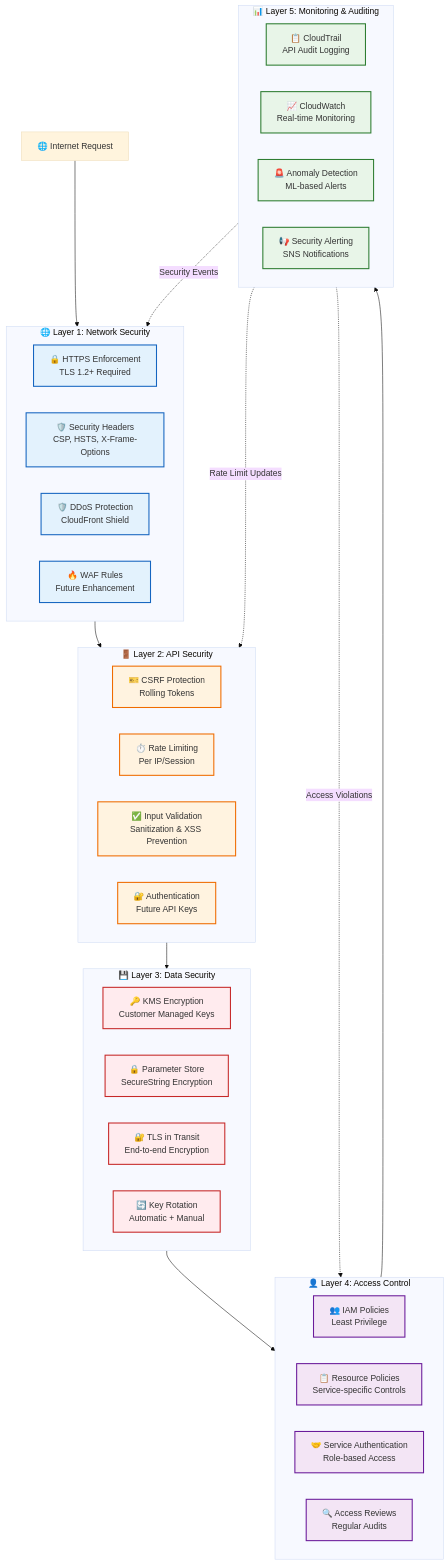
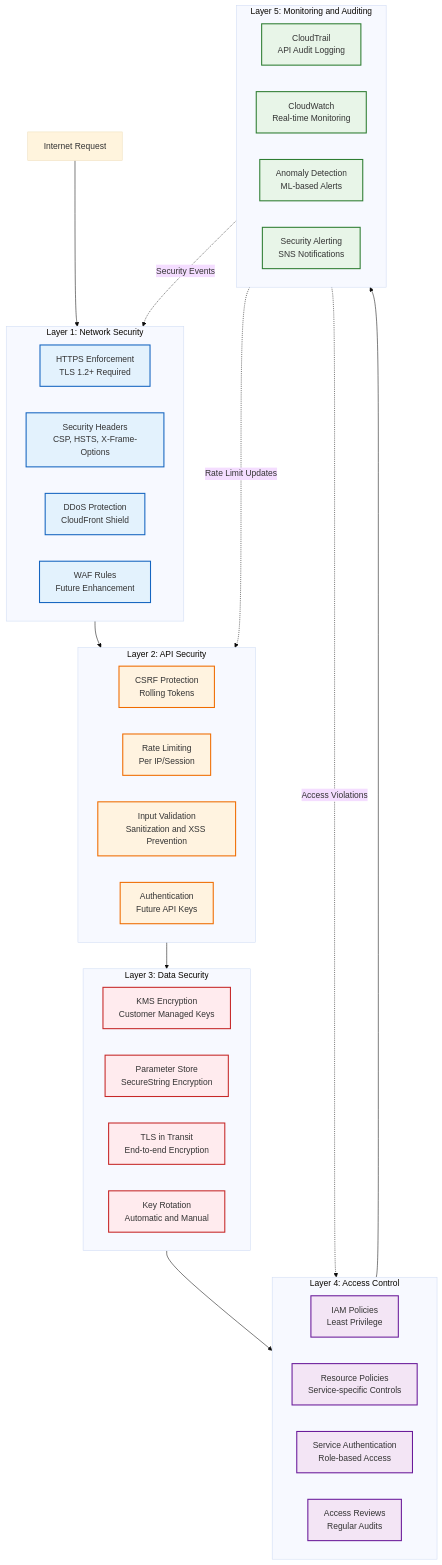
Before and after one commit to BjornMelin/bjornmelin-platform-io: the fourth of 4 diagrams in docs/infrastructure/architecture-overview.md, drawn with Mermaid (base theme). The commit also changed other lines of this file and 13 other files, not shown here.

````diff
--- a/docs/infrastructure/architecture-overview.md
+++ b/docs/infrastructure/architecture-overview.md
@@ -285,63 +296,63 @@
 ```mermaid
 graph TD
     %% Security Layers
-    subgraph Layer1 ["🌐 Layer 1: Network Security"]
-        HTTPS[🔒 HTTPS Enforcement<br/>TLS 1.2+ Required]
-        Headers[🛡️ Security Headers<br/>CSP, HSTS, X-Frame-Options]
-        DDoS[🛡️ DDoS Protection<br/>CloudFront Shield]
-        WAF[🔥 WAF Rules<br/>Future Enhancement]
+    subgraph Layer1 ["Layer 1: Network Security"]
+        HTTPS["HTTPS Enforcement<br/>TLS 1.2+ Required"]
+        Headers["Security Headers<br/>CSP, HSTS, X-Frame-Options"]
+        DDoS["DDoS Protection<br/>CloudFront Shield"]
+        WAF["WAF Rules<br/>Future Enhancement"]
     end
     
-    subgraph Layer2 ["🚪 Layer 2: API Security"]
-        CSRF[🎫 CSRF Protection<br/>Rolling Tokens]
-        RateLimit[⏱️ Rate Limiting<br/>Per IP/Session]
-        Validation[✅ Input Validation<br/>Sanitization & XSS Prevention]
-        Auth[🔐 Authentication<br/>Future API Keys]
+    subgraph Layer2 ["Layer 2: API Security"]
+        CSRF["CSRF Protection<br/>Rolling Tokens"]
+        RateLimit["Rate Limiting<br/>Per IP/Session"]
+        Validation["Input Validation<br/>Sanitization and XSS Prevention"]
+        Auth["Authentication<br/>Future API Keys"]
     end
     
-    subgraph Layer3 ["💾 Layer 3: Data Security"]
-        KMSEnc[🔑 KMS Encryption<br/>Customer Managed Keys]
-        ParamStore[🔒 Parameter Store<br/>SecureString Encryption]
-        Transit[🔐 TLS in Transit<br/>End-to-end Encryption]
-        KeyRotation[🔄 Key Rotation<br/>Automatic + Manual]
+    subgraph Layer3 ["Layer 3: Data Security"]
+        KMSEnc["KMS Encryption<br/>Customer Managed Keys"]
+        ParamStore["Parameter Store<br/>SecureString Encryption"]
+        Transit["TLS in Transit<br/>End-to-end Encryption"]
+        KeyRotation["Key Rotation<br/>Automatic and Manual"]
     end
     
-    subgraph Layer4 ["👤 Layer 4: Access Control"]
-        IAM[👥 IAM Policies<br/>Least Privilege]
-        ResourcePolicy[📋 Resource Policies<br/>Service-specific Controls]
-        ServiceAuth[🤝 Service Authentication<br/>Role-based Access]
-        AccessReview[🔍 Access Reviews<br/>Regular Audits]
+    subgraph Layer4 ["Layer 4: Access Control"]
+        IAM["IAM Policies<br/>Least Privilege"]
+        ResourcePolicy["Resource Policies<br/>Service-specific Controls"]
+        ServiceAuth["Service Authentication<br/>Role-based Access"]
+        AccessReview["Access Reviews<br/>Regular Audits"]
     end
     
-    subgraph Layer5 ["📊 Layer 5: Monitoring & Auditing"]
-        CloudTrail[📋 CloudTrail<br/>API Audit Logging]
-        Monitoring[📈 CloudWatch<br/>Real-time Monitoring]
-        Anomaly[🚨 Anomaly Detection<br/>ML-based Alerts]
-        Alerting[📢 Security Alerting<br/>SNS Notifications]
+    subgraph Layer5 ["Layer 5: Monitoring and Auditing"]
+        CloudTrail["CloudTrail<br/>API Audit Logging"]
+        Monitoring["CloudWatch<br/>Real-time Monitoring"]
+        Anomaly["Anomaly Detection<br/>ML-based Alerts"]
+        Alerting["Security Alerting<br/>SNS Notifications"]
     end
     
     %% Data Flow Through Layers
-    Internet[🌐 Internet Request] --> Layer1
+    Internet["Internet Request"] --> Layer1
     Layer1 --> Layer2
     Layer2 --> Layer3
     Layer3 --> Layer4
     Layer4 --> Layer5
     
     %% Feedback Loop
     Layer5 -.->|Security Events| Layer1
     Layer5 -.->|Rate Limit Updates| Layer2
     Layer5 -.->|Access Violations| Layer4
     
     %% Styling
     classDef network fill:#e3f2fd,stroke:#1565c0,stroke-width:2px
     classDef api fill:#fff3e0,stroke:#ef6c00,stroke-width:2px
     classDef data fill:#ffebee,stroke:#c62828,stroke-width:2px
     classDef access fill:#f3e5f5,stroke:#6a1b9a,stroke-width:2px
     classDef monitoring fill:#e8f5e8,stroke:#2e7d32,stroke-width:2px
     
     class HTTPS,Headers,DDoS,WAF network
     class CSRF,RateLimit,Validation,Auth api
     class KMSEnc,ParamStore,Transit,KeyRotation data
     class IAM,ResourcePolicy,ServiceAuth,AccessReview access
     class CloudTrail,Monitoring,Anomaly,Alerting monitoring
 ```
````
